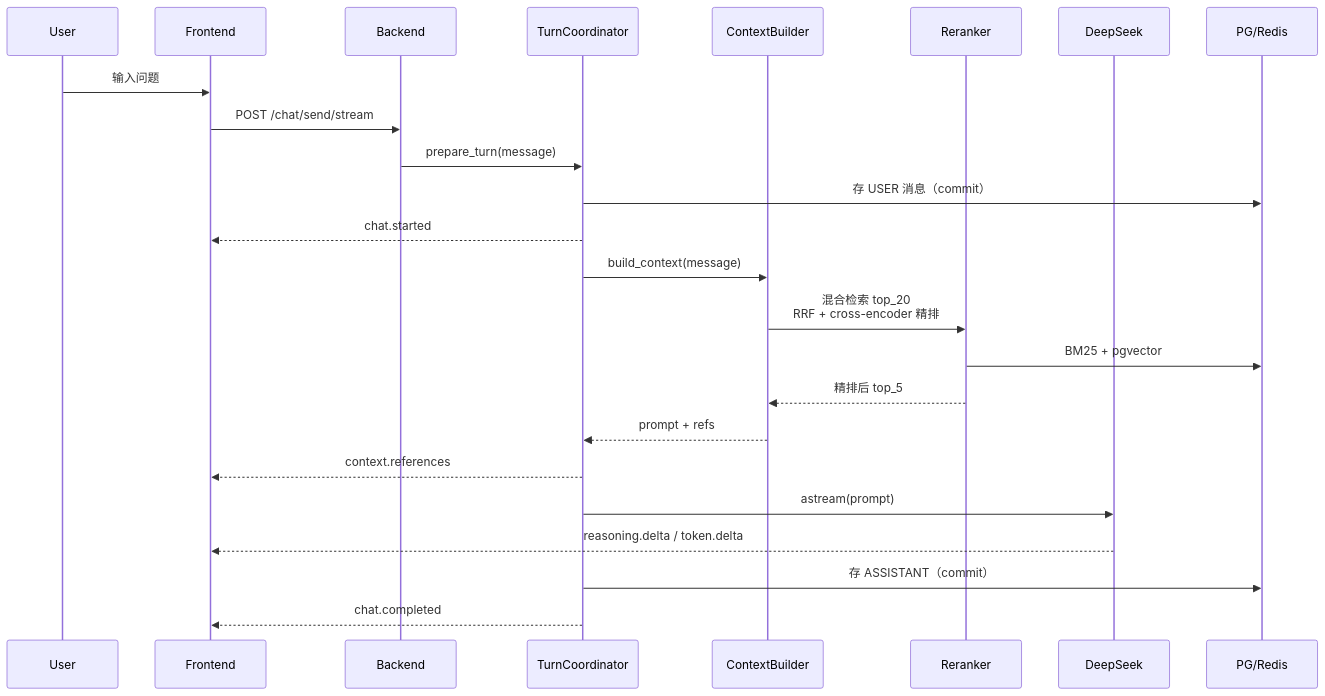
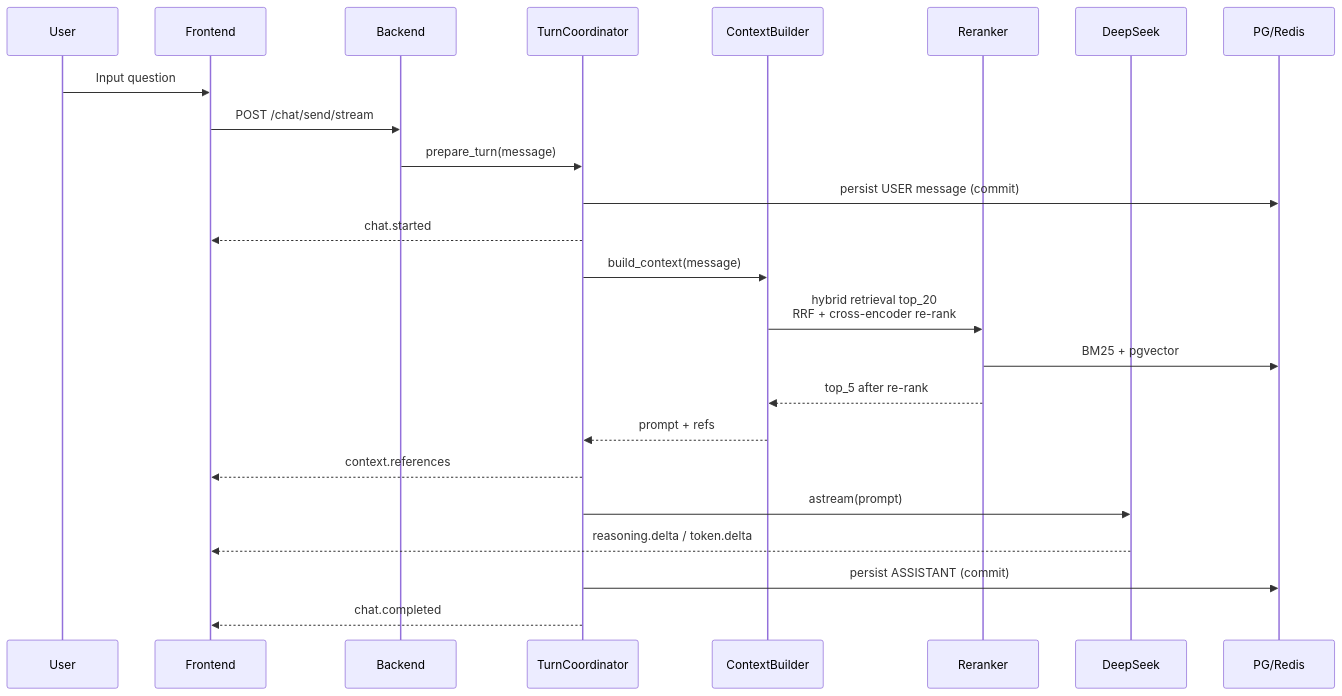
Before and after one commit to KevinDeng-0411/AI-CodeReviewCenter: the second of 4 diagrams in README.md, drawn with Mermaid. The commit also changed other lines of this file and 1 other file, not shown here.

First line of the commit message:
docs: 英文 README 正文/图全英文 + PDF 表格边界；fix(stop.sh): 前端进程匹配

````diff
--- a/README.md
+++ b/README.md
@@ -177,27 +177,27 @@
 ```mermaid
 sequenceDiagram
     participant U as User
     participant F as Frontend
     participant B as Backend
     participant TC as TurnCoordinator
     participant CB as ContextBuilder
     participant RR as Reranker
     participant LLM as DeepSeek
     participant DB as PG/Redis
 
-    U->>F: 输入问题
+    U->>F: Input question
     F->>B: POST /chat/send/stream
     B->>TC: prepare_turn(message)
-    TC->>DB: 存 USER 消息（commit）
+    TC->>DB: persist USER message (commit)
     TC-->>F: chat.started
     TC->>CB: build_context(message)
-    CB->>RR: 混合检索 top_20<br/>RRF + cross-encoder 精排
+    CB->>RR: hybrid retrieval top_20<br/>RRF + cross-encoder re-rank
     RR->>DB: BM25 + pgvector
-    RR-->>CB: 精排后 top_5
+    RR-->>CB: top_5 after re-rank
     CB-->>TC: prompt + refs
     TC-->>F: context.references
     TC->>LLM: astream(prompt)
     LLM-->>F: reasoning.delta / token.delta
-    TC->>DB: 存 ASSISTANT（commit）
+    TC->>DB: persist ASSISTANT (commit)
     TC-->>F: chat.completed
 ```
````
